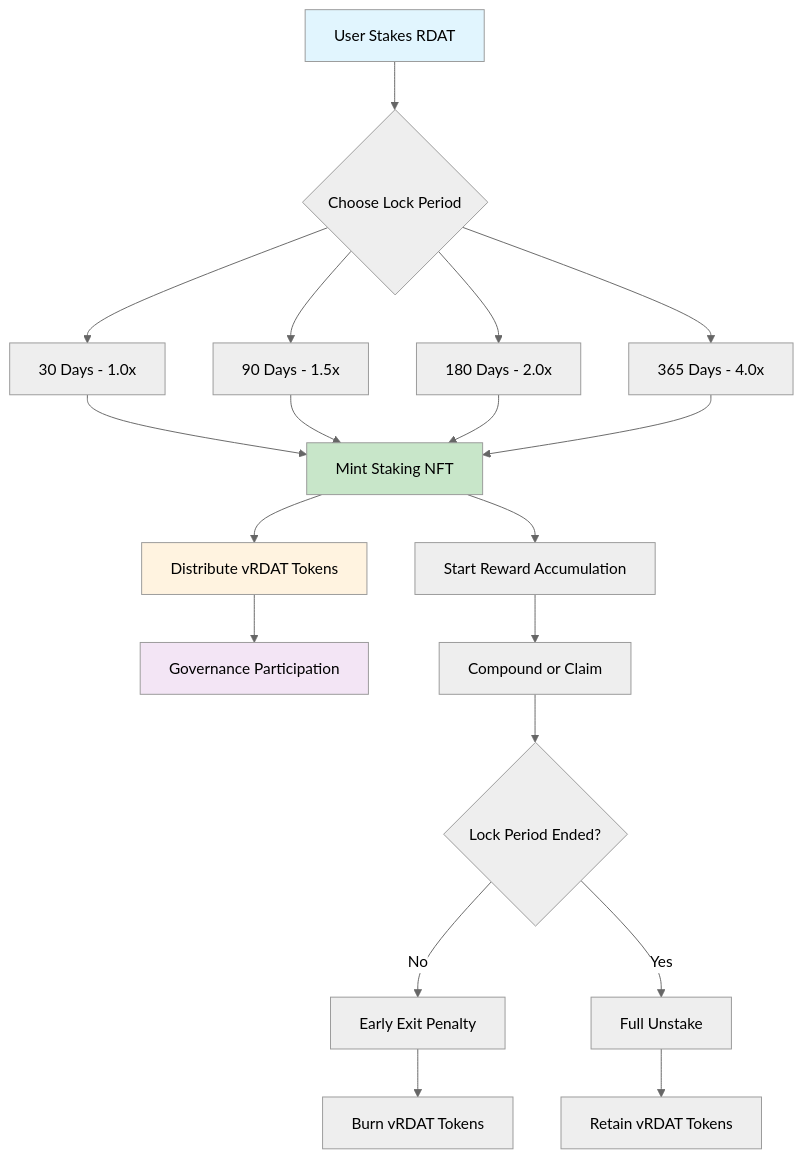
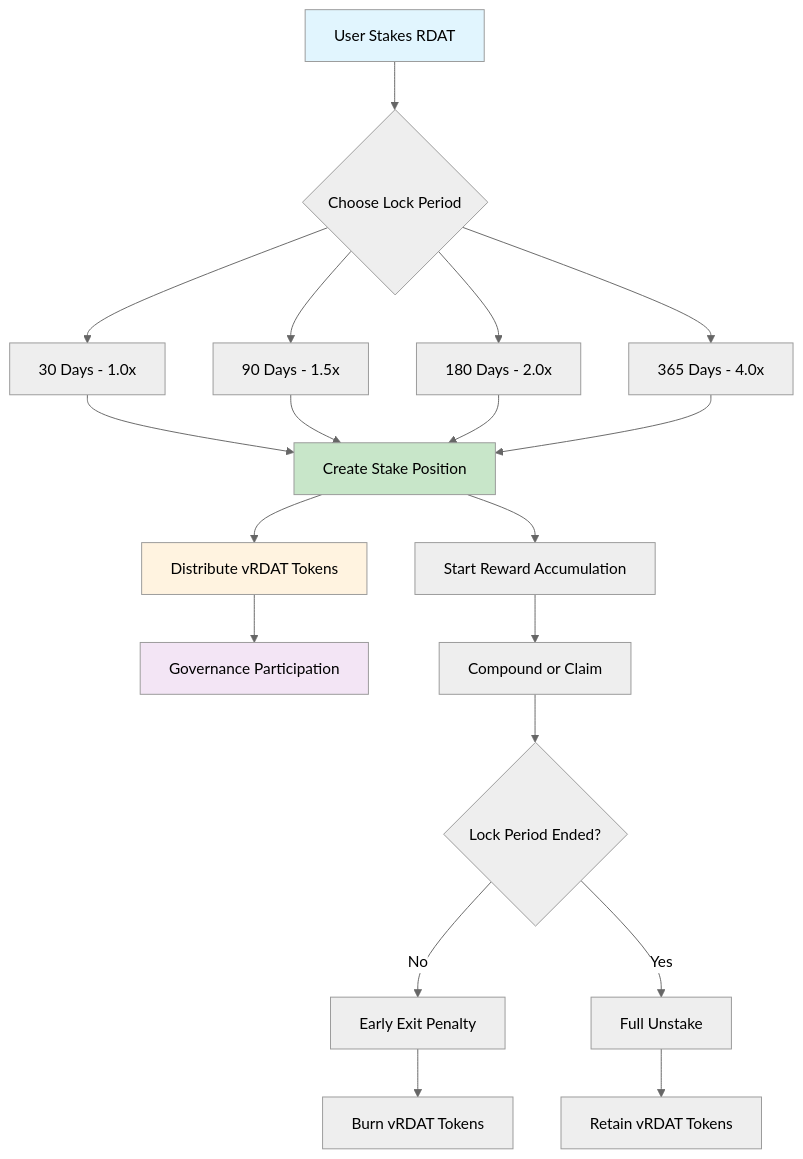
Before and after one commit to rdatadao-v2/rdatadao-contracts: the third of 15 diagrams in docs/SPECIFICATIONS.md, drawn with Mermaid (neutral theme). The commit also changed other lines of this file and 36 other files, not shown here.

First line of the commit message:
refactor: adopt StakingPositions as primary staking architecture

````diff
--- a/docs/SPECIFICATIONS.md
+++ b/docs/SPECIFICATIONS.md
@@ -1107,31 +1210,31 @@
 ```mermaid
 flowchart TD
     A[User Stakes RDAT] --> B{Choose Lock Period}
     B --> C[30 Days - 1.0x]
     B --> D[90 Days - 1.5x]
     B --> E[180 Days - 2.0x]
     B --> F[365 Days - 4.0x]
     
-    C --> G[Mint Staking NFT]
+    C --> G[Create Stake Position]
     D --> G
     E --> G
     F --> G
     
     G --> H[Distribute vRDAT Tokens]
     G --> I[Start Reward Accumulation]
     
     H --> J[Governance Participation]
     I --> K[Compound or Claim]
     
     K --> L{Lock Period Ended?}
     L -->|No| M[Early Exit Penalty]
     L -->|Yes| N[Full Unstake]
     
     M --> O[Burn vRDAT Tokens]
     N --> P[Retain vRDAT Tokens]
     
     style A fill:#e1f5fe
     style G fill:#c8e6c9
     style H fill:#fff3e0
     style J fill:#f3e5f5
 ```
````
